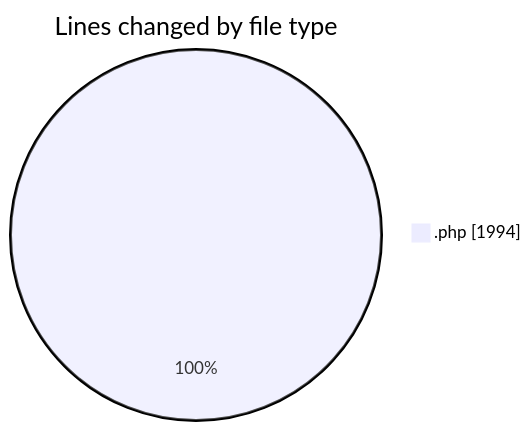
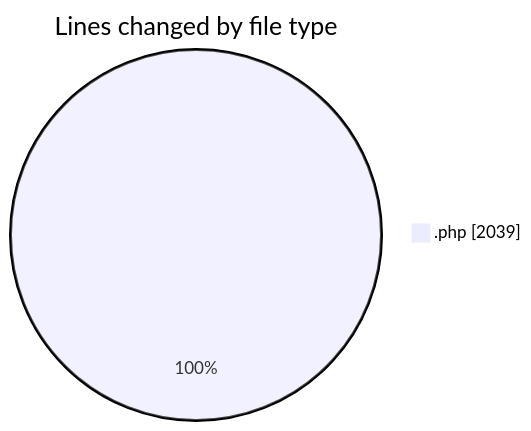
Before and after one commit to debugP/code-tracking: the first of 2 diagrams in 2025-10-02/untitled__workspace_/README.md, drawn with Mermaid. The commit also changed other lines of this file and 1 other file, not shown here.

````diff
--- a/2025-10-02/untitled__workspace_/README.md
+++ b/2025-10-02/untitled__workspace_/README.md
@@ -21,5 +21,5 @@
 ```mermaid
 pie showData
 title Lines changed by file type
-".php" : 1994
+".php" : 2039
 ```
````
